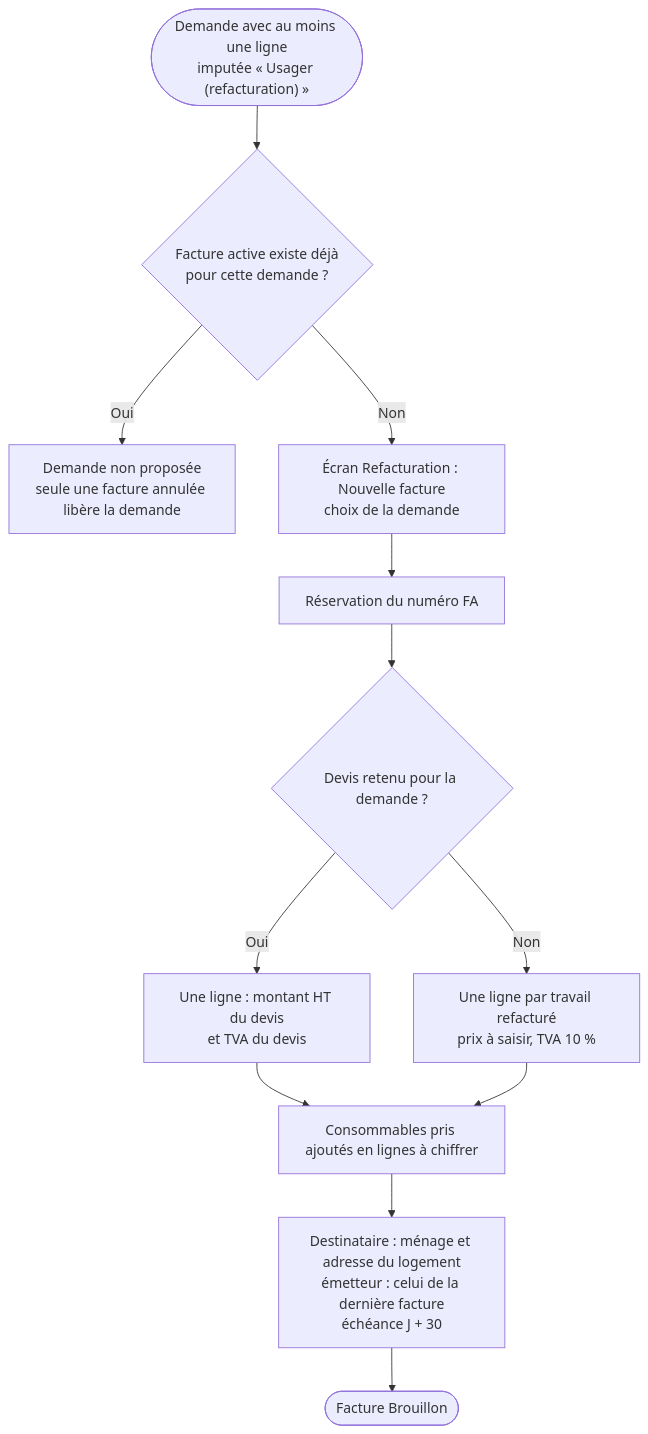
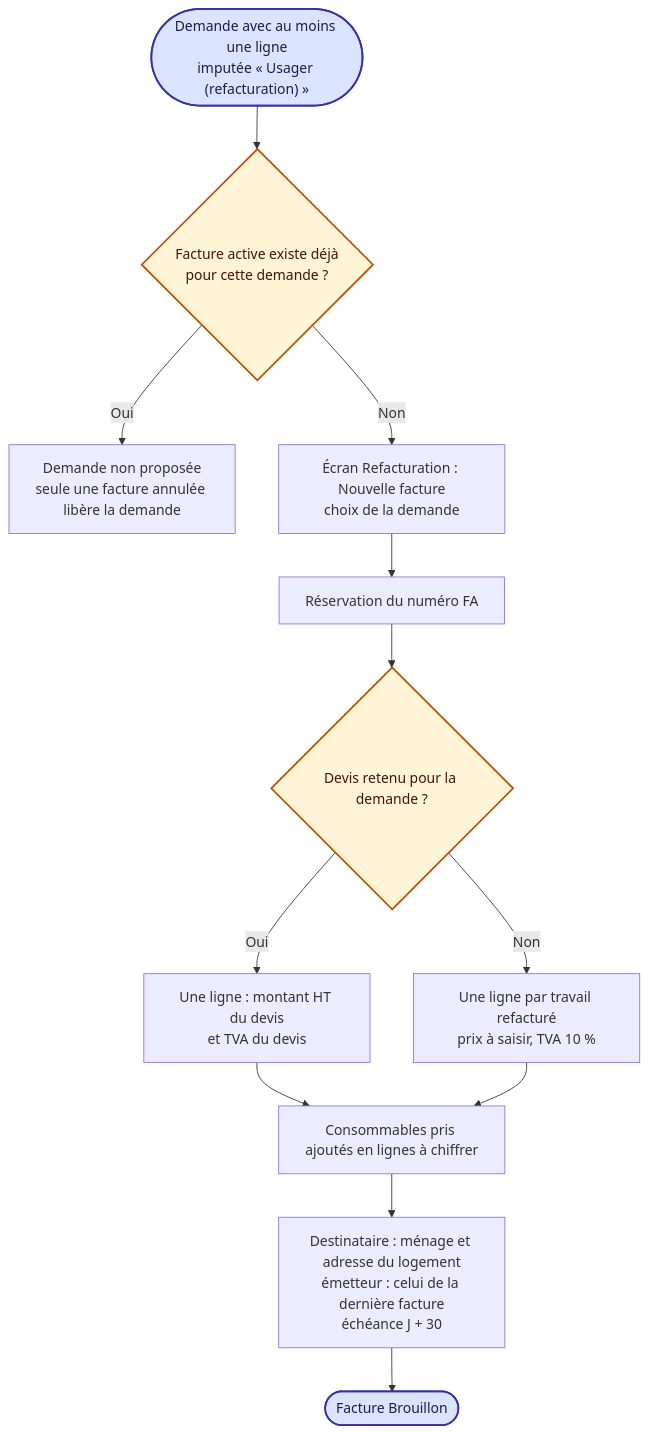
The first of 2 diagrams in docs/organigrammes/09-refacturation.md (Mogot77/Application_Gestion_Travaux), drawn with Mermaid before and after one commit. The commit also changed other lines of this file and 32 other files, not shown here.

Commit message:
docs: rework flowcharts for readability (colors, larger text, split long diagrams, recent rules)

````diff
--- a/docs/organigrammes/09-refacturation.md
+++ b/docs/organigrammes/09-refacturation.md
@@ -7,14 +7,21 @@
 ```mermaid
 flowchart TD
     A(["Demande avec au moins une ligne<br/>imputée « Usager (refacturation) »"]) --> B{Facture active existe déjà<br/>pour cette demande ?}
     B -- Oui --> B1[Demande non proposée<br/>seule une facture annulée libère la demande]
     B -- Non --> C[Écran Refacturation : Nouvelle facture<br/>choix de la demande]
     C --> D[Réservation du numéro FA]
     D --> E{Devis retenu pour la demande ?}
     E -- Oui --> E1[Une ligne : montant HT du devis<br/>et TVA du devis]
     E -- Non --> E2[Une ligne par travail refacturé<br/>prix à saisir, TVA 10 %]
     E1 --> F[Consommables pris ajoutés en lignes à chiffrer]
     E2 --> F
     F --> G[Destinataire : ménage et adresse du logement<br/>émetteur : celui de la dernière facture<br/>échéance J + 30]
     G --> H([Facture Brouillon])
+    %% styles communs
+    classDef dec fill:#fff4d6,stroke:#b45309,stroke-width:2px,color:#431407
+    classDef term fill:#dbe4ff,stroke:#3730a3,stroke-width:2px,color:#1e1b4b
+    classDef err fill:#fde2e2,stroke:#b91c1c,stroke-width:2px,color:#450a0a
+    classDef ok fill:#dcfce7,stroke:#15803d,stroke-width:2px,color:#052e16
+    class B,E dec
+    class A,H term
 ```
````
